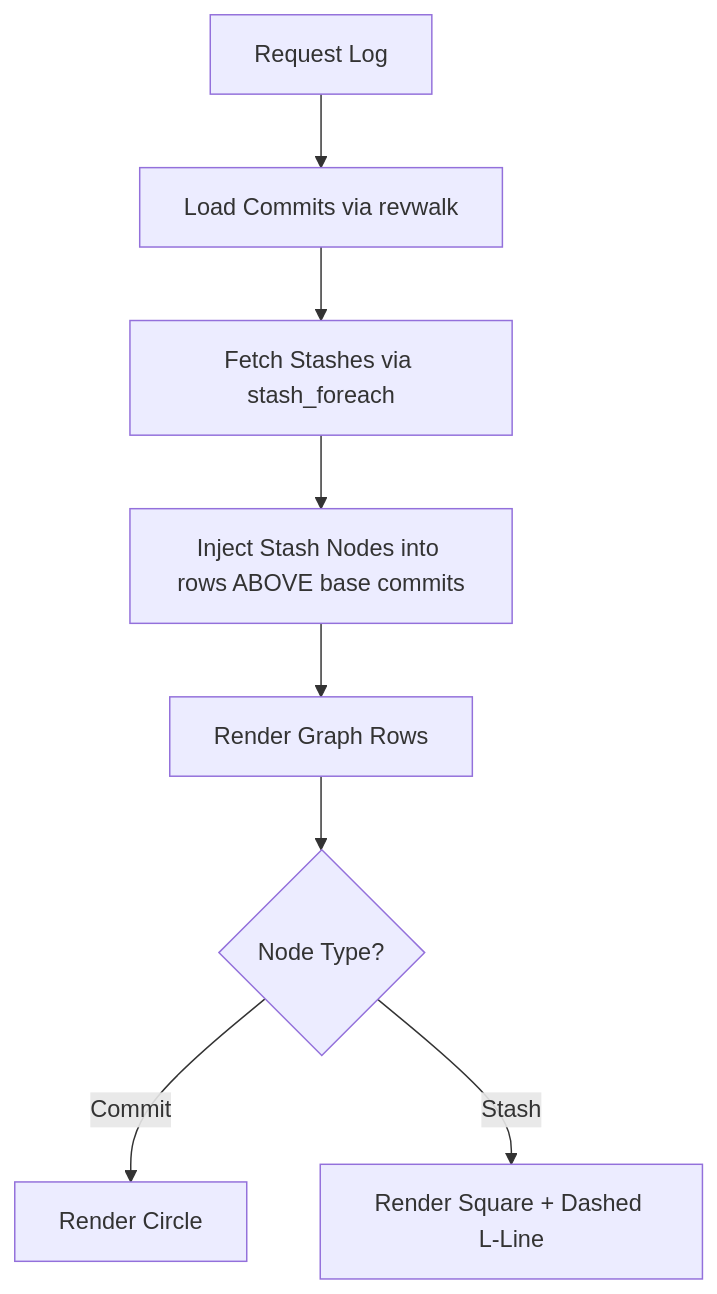
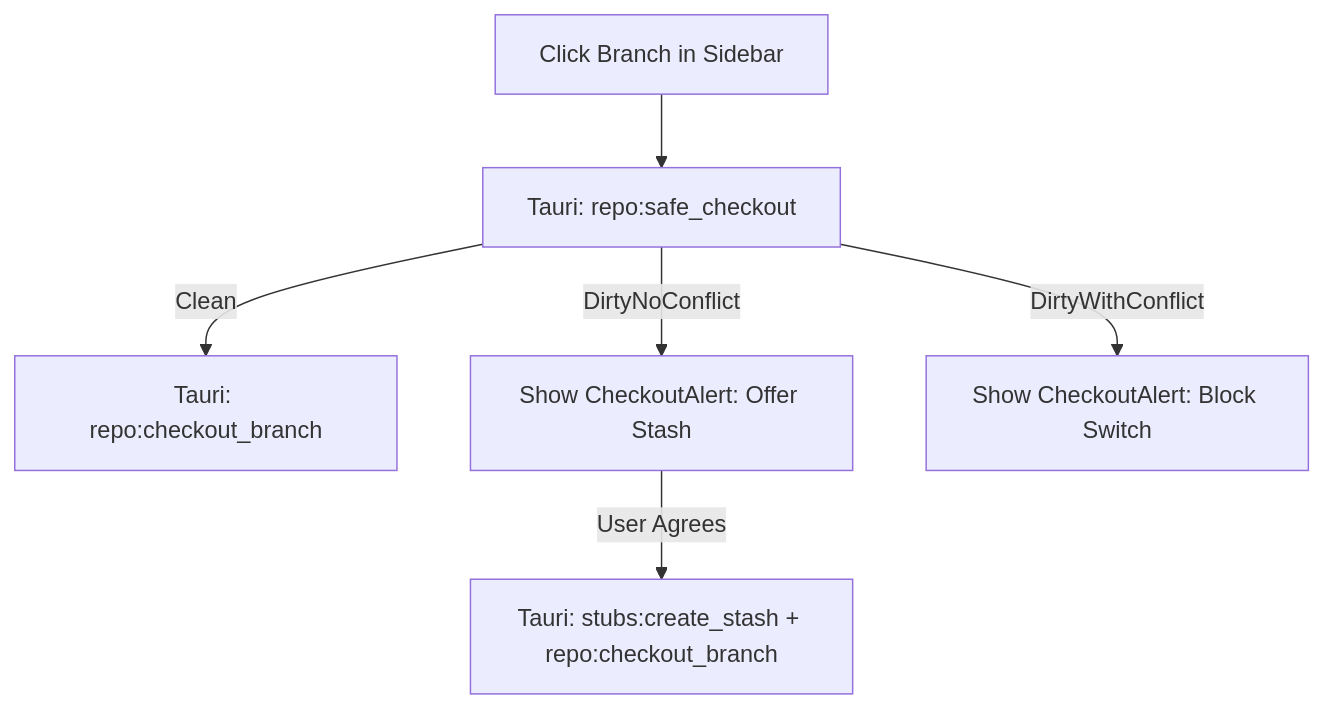
One commit to TrungHieu0107/git-helper changed the third of 3 diagrams in docs/user_flow.md. Above: the diagram before and after it, drawn with Mermaid. The commit also changed other lines of this file and 14 other files, not shown here.

````diff
--- a/docs/user_flow.md
+++ b/docs/user_flow.md
@@ -24,10 +45,8 @@
 ```mermaid
 flowchart TD
-    G[Request Log] --> L[Load Commits via revwalk]
-    L --> S[Fetch Stashes via stash_foreach]
-    S --> J[Inject Stash Nodes into rows ABOVE base commits]
-    J --> R[Render Graph Rows]
-    R --> N{Node Type?}
-    N -- Commit --> Circle[Render Circle]
-    N -- Stash --> Square[Render Square + Dashed L-Line]
+    Select[Click Branch in Sidebar] --> SafeCheck[Tauri: repo:safe_checkout]
+    SafeCheck -- Clean --> FastSwitch[Tauri: repo:checkout_branch]
+    SafeCheck -- DirtyNoConflict --> OfferStash[Show CheckoutAlert: Offer Stash]
+    SafeCheck -- DirtyWithConflict --> ShowError[Show CheckoutAlert: Block Switch]
+    OfferStash -- User Agrees --> StashSwitch[Tauri: stubs:create_stash + repo:checkout_branch]
 ```
````
